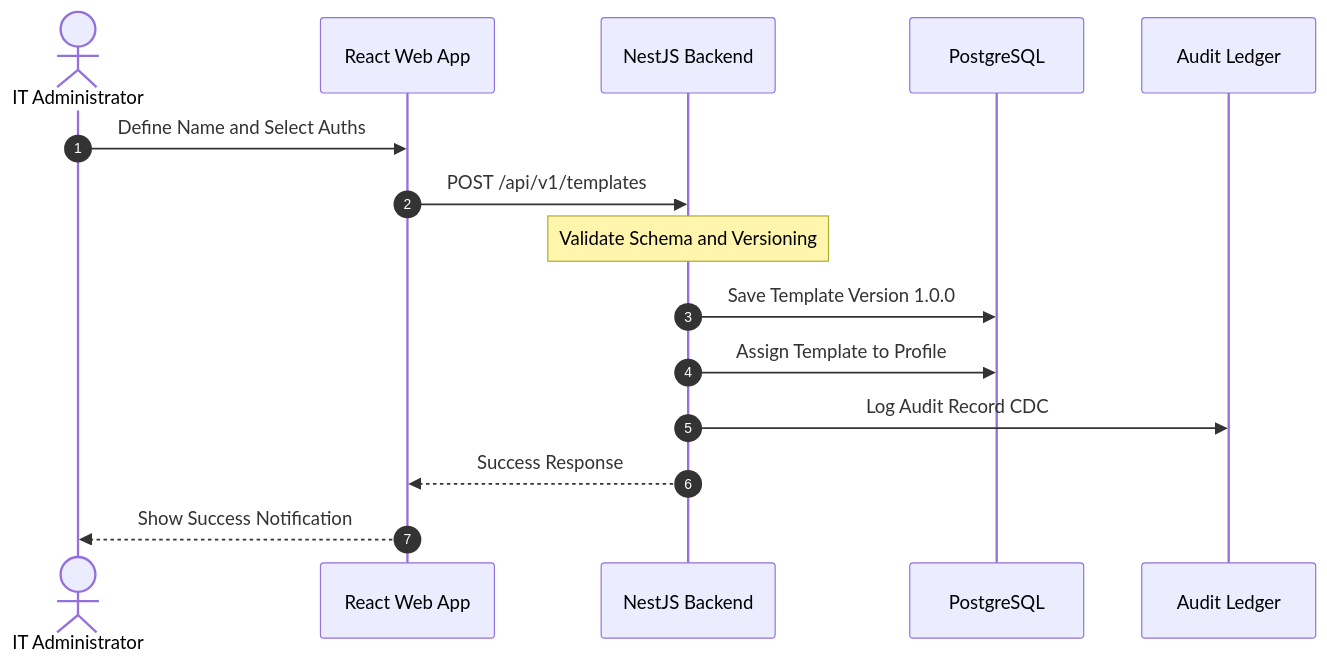
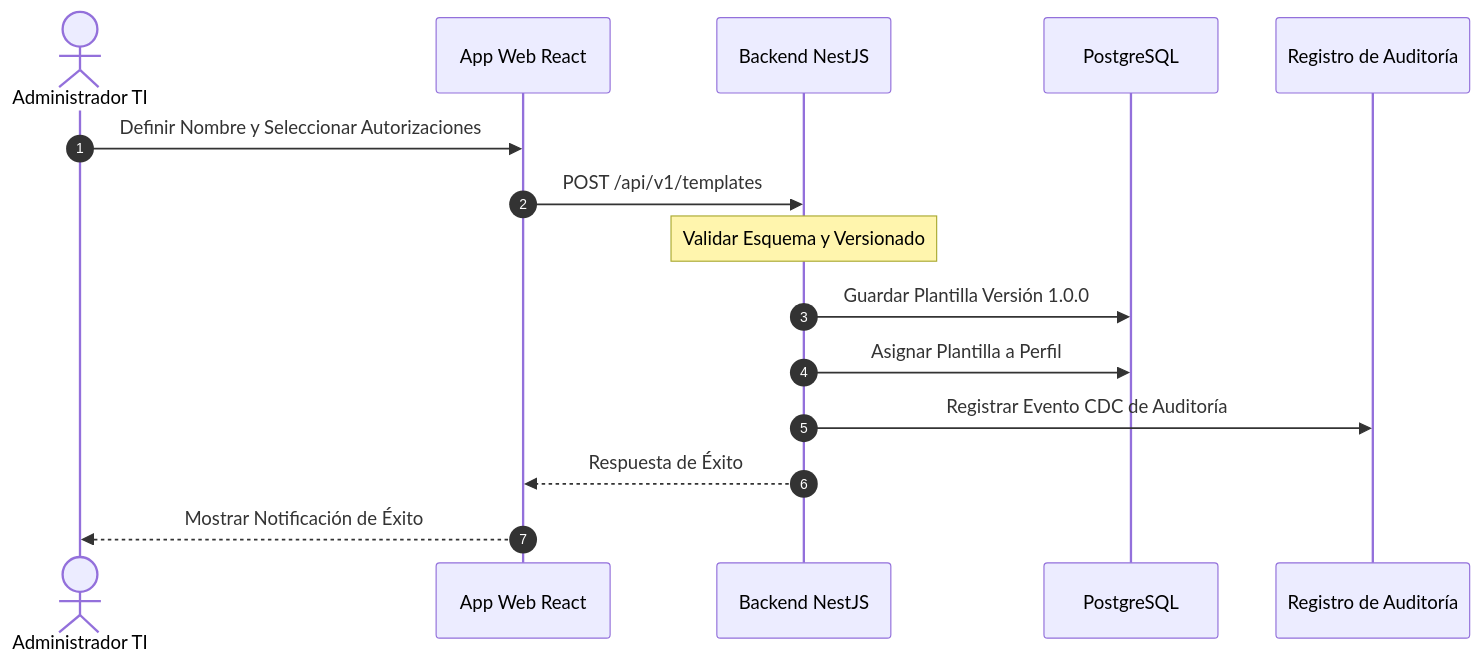
The diagram in src/ums-workspace/docs/es/01-requirements/usecases/uc-03-create-authorization-template.md (beyondnetcode/ums), drawn with Mermaid before and after one commit. The commit also changed other lines of this file and 3 other files, not shown here.

````diff
--- a/src/ums-workspace/docs/es/01-requirements/usecases/uc-03-create-authorization-template.md
+++ b/src/ums-workspace/docs/es/01-requirements/usecases/uc-03-create-authorization-template.md
@@ -22,18 +20,18 @@
 ```mermaid
 sequenceDiagram
     autonumber
-    actor Admin as IT Administrator
-    participant Web as React Web App
-    participant API as NestJS Backend
+    actor Admin as Administrador TI
+    participant Web as App Web React
+    participant API as Backend NestJS
     participant DB as PostgreSQL
-    participant Audit as Audit Ledger
+    participant Audit as Registro de Auditoría
 
-    Admin->>Web: Define Name and Select Auths
+    Admin->>Web: Definir Nombre y Seleccionar Autorizaciones
     Web->>API: POST /api/v1/templates
-    Note over API: Validate Schema and Versioning
-    API->>DB: Save Template Version 1.0.0
-    API->>DB: Assign Template to Profile
-    API->>Audit: Log Audit Record CDC
-    API-->>Web: Success Response
-    Web-->>Admin: Show Success Notification
+    Note over API: Validar Esquema y Versionado
+    API->>DB: Guardar Plantilla Versión 1.0.0
+    API->>DB: Asignar Plantilla a Perfil
+    API->>Audit: Registrar Evento CDC de Auditoría
+    API-->>Web: Respuesta de Éxito
+    Web-->>Admin: Mostrar Notificación de Éxito
 ```
````
